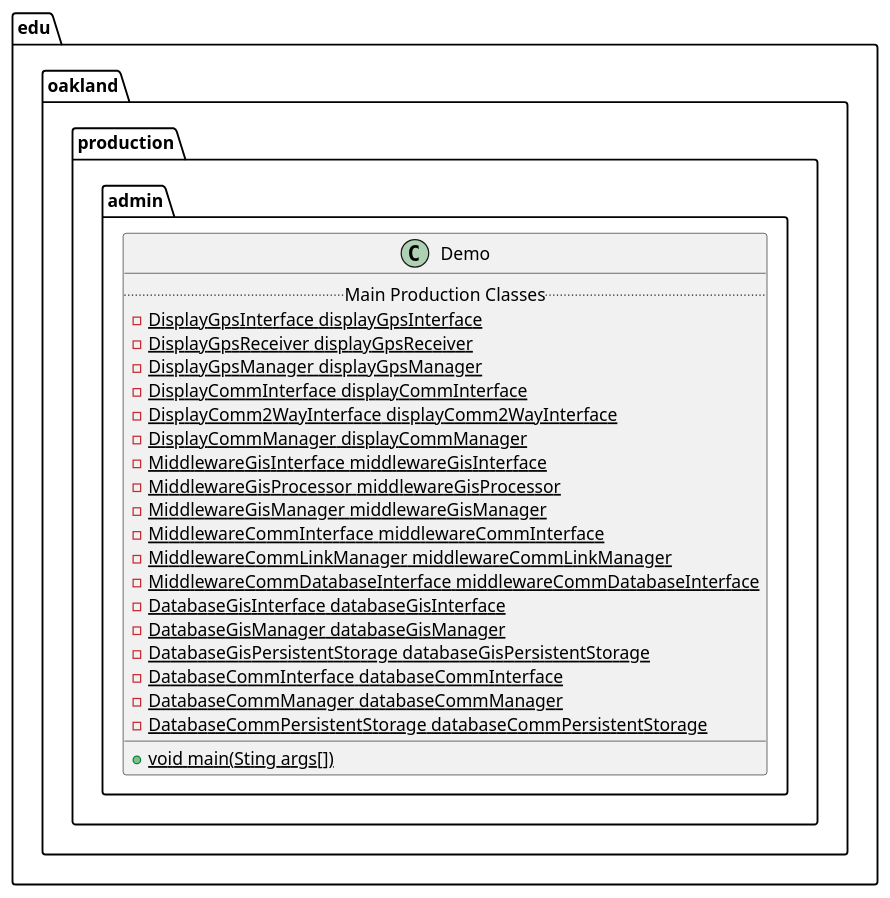
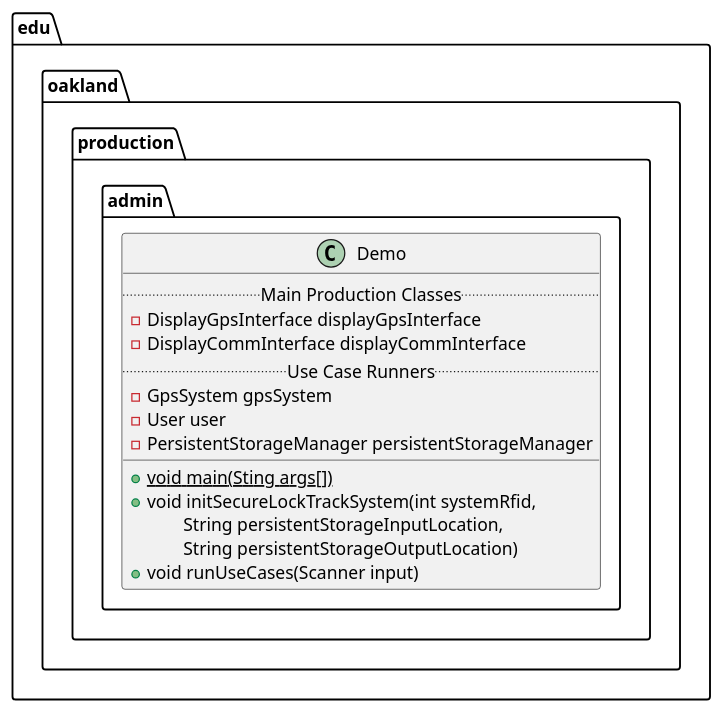
The diagram in docs/uml-class-diagrams/admin/production/Demo/Demo.puml (andrewdimmer/csi-3370-software-project), drawn with PlantUML before and after one commit. The commit also changed 7 other files, not shown here.

```diff
--- a/docs/uml-class-diagrams/admin/production/Demo/Demo.puml
+++ b/docs/uml-class-diagrams/admin/production/Demo/Demo.puml
@@ -1,29 +1,21 @@
 @startuml Demo
 
 package edu.oakland.production.admin {
     class Demo {
         .. Main Production Classes ..
-        {static} - DisplayGpsInterface displayGpsInterface
-        {static} - DisplayGpsReceiver displayGpsReceiver
-        {static} - DisplayGpsManager displayGpsManager
-        {static} - DisplayCommInterface displayCommInterface
-        {static} - DisplayComm2WayInterface displayComm2WayInterface
-        {static} - DisplayCommManager displayCommManager
-        {static} - MiddlewareGisInterface middlewareGisInterface
-        {static} - MiddlewareGisProcessor middlewareGisProcessor
-        {static} - MiddlewareGisManager middlewareGisManager
-        {static} - MiddlewareCommInterface middlewareCommInterface
-        {static} - MiddlewareCommLinkManager middlewareCommLinkManager
-        {static} - MiddlewareCommDatabaseInterface middlewareCommDatabaseInterface
-        {static} - DatabaseGisInterface databaseGisInterface
-        {static} - DatabaseGisManager databaseGisManager
-        {static} - DatabaseGisPersistentStorage databaseGisPersistentStorage
-        {static} - DatabaseCommInterface databaseCommInterface
-        {static} - DatabaseCommManager databaseCommManager
-        {static} - DatabaseCommPersistentStorage databaseCommPersistentStorage
+        - DisplayGpsInterface displayGpsInterface
+        - DisplayCommInterface displayCommInterface
+        .. Use Case Runners ..
+        - GpsSystem gpsSystem
+        - User user
+        - PersistentStorageManager persistentStorageManager
         __
         {static} + void main(Sting args[])
+        + void initSecureLockTrackSystem(int systemRfid,
+        \tString persistentStorageInputLocation,
+        \tString persistentStorageOutputLocation)
+        + void runUseCases(Scanner input)
     }
 }
 
 @enduml
```
